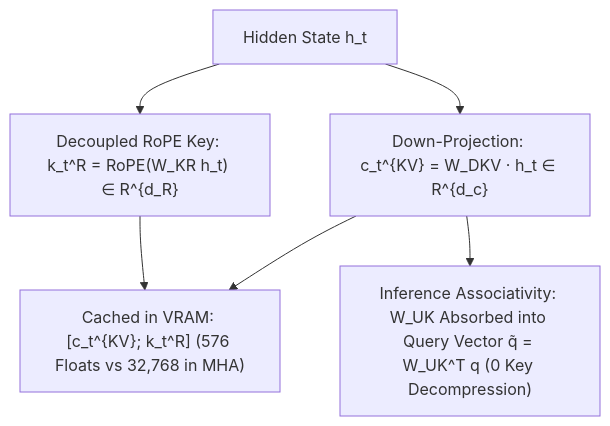
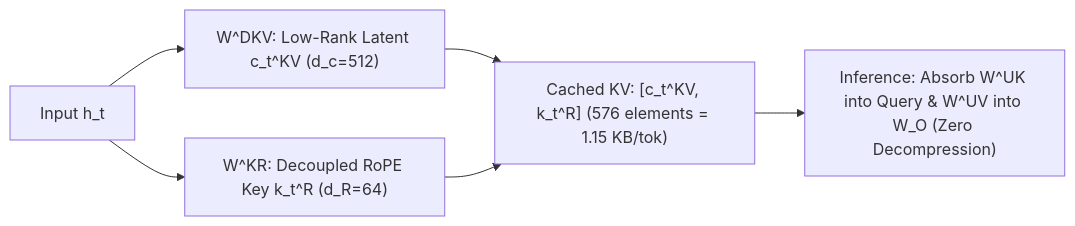
Before and after one commit to hammadshakeelai/prompt-engineering-mastery: the diagram in obsidian_vault/raw_research/snippets/multi_head_latent_attention_mla.md, drawn with Mermaid. The commit also changed other lines of this file and 1 other file, not shown here.

Commit message:
feat(landmark): Milestone Section 300 Multi-Head Latent Attention (MLA) DeepSeek-V3/R1 + Master Index Rebuild

````diff
--- a/obsidian_vault/raw_research/snippets/multi_head_latent_attention_mla.md
+++ b/obsidian_vault/raw_research/snippets/multi_head_latent_attention_mla.md
@@ -5,7 +6,7 @@
 ```mermaid
-flowchart TD
-    H["Hidden State h_t"] --> COMP["Down-Projection: c_t^{KV} = W_DKV · h_t ∈ R^{d_c}"]
-    H --> ROPE["Decoupled RoPE Key: k_t^R = RoPE(W_KR h_t) ∈ R^{d_R}"]
-    COMP & ROPE --> CACHE["Cached in VRAM: [c_t^{KV}; k_t^R] (576 Floats vs 32,768 in MHA)"]
-    COMP --> ASSOC["Inference Associativity: W_UK Absorbed into Query Vector q̃ = W_UK^T q (0 Key Decompression)"]
+flowchart LR
+    Input["Input h_t"] --> DownKV["W^DKV: Low-Rank Latent c_t^KV (d_c=512)"]
+    Input --> DecoupledRoPE["W^KR: Decoupled RoPE Key k_t^R (d_R=64)"]
+    DownKV & DecoupledRoPE --> Cache["Cached KV: [c_t^KV, k_t^R] (576 elements = 1.15 KB/tok)"]
+    Cache --> KernelAbsorption["Inference: Absorb W^UK into Query & W^UV into W_O (Zero Decompression)"]
 ```
````
